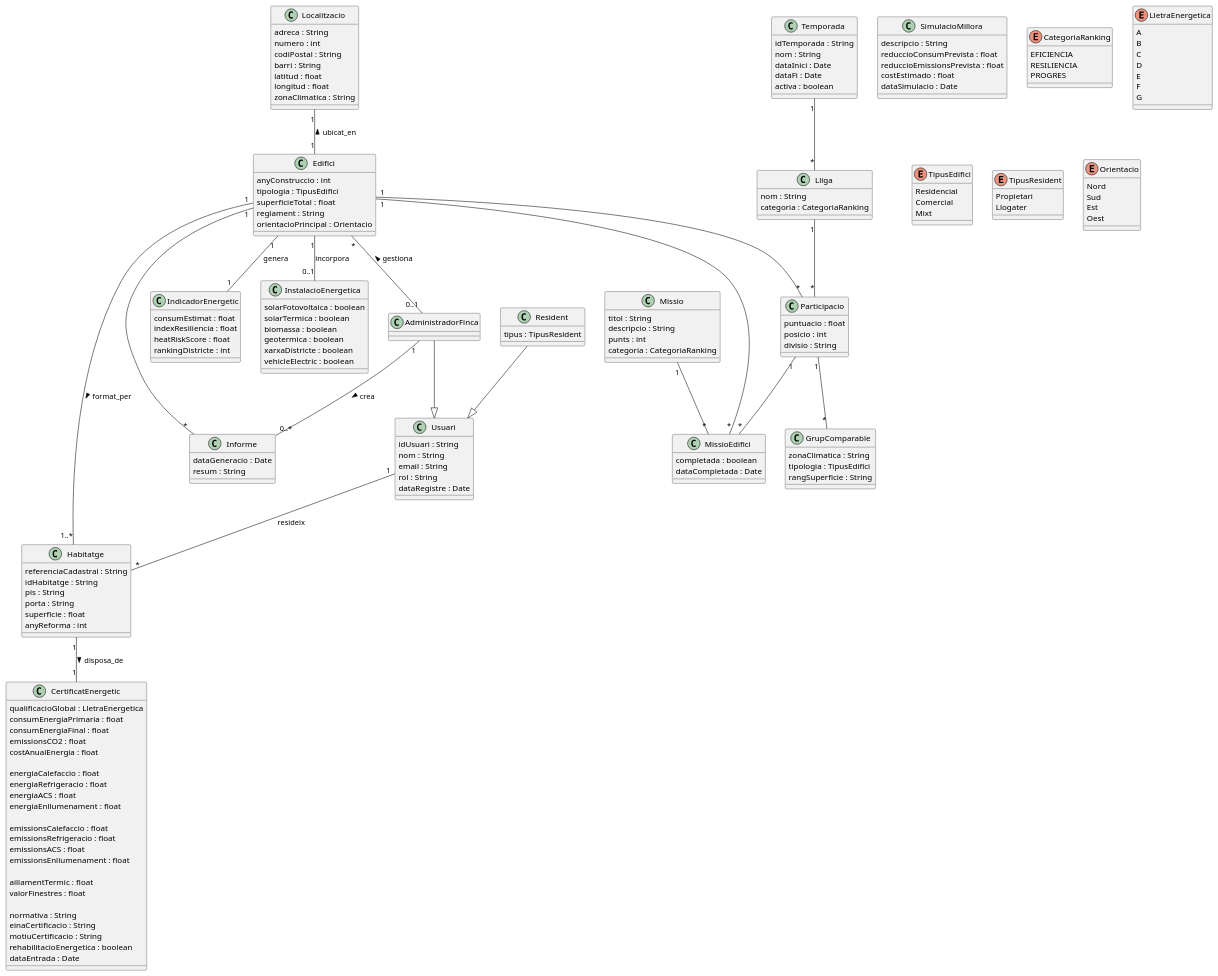
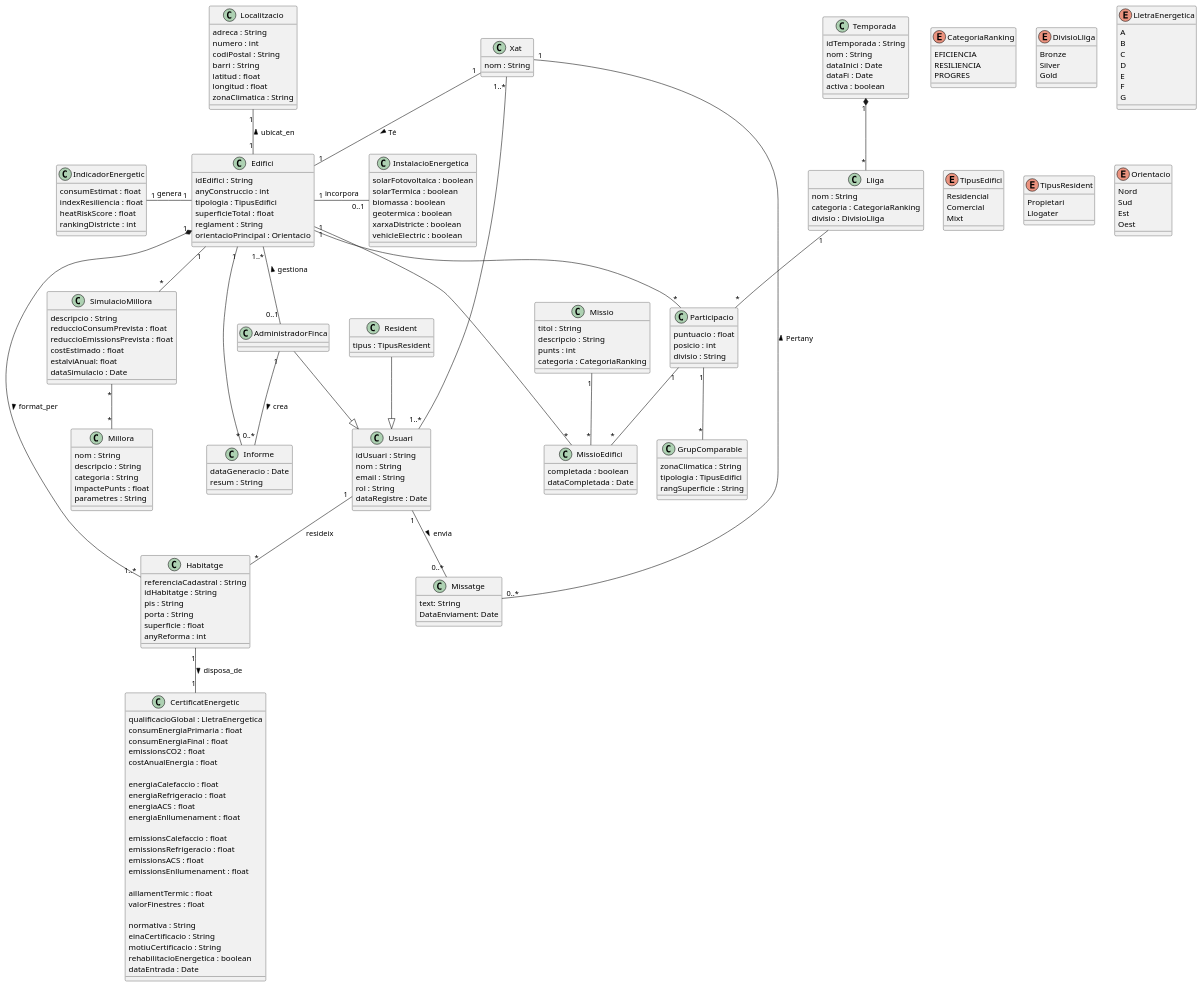
One commit to ScoreLab-Team/Backend-BuildRank changed the diagram in src/diagram.puml. Above: the diagram before and after it, drawn with PlantUML.

Commit message:
Canvis UML Reunió Focal

```diff
--- a/src/diagram.puml
+++ b/src/diagram.puml
@@ -1,6 +1,7 @@
 @startuml
 
 class Edifici {
+    idEdifici : String
     anyConstruccio : int
     tipologia : TipusEdifici
     superficieTotal : float
@@ -89,9 +90,11 @@
   dataFi : Date
   activa : boolean
 }
+
 class Lliga {
   nom : String
   categoria : CategoriaRanking
+  divisio : DivisioLliga
 }
 
 class Participacio {
@@ -121,7 +124,16 @@
   reduccioConsumPrevista : float
   reduccioEmissionsPrevista : float
   costEstimado : float
+  estalviAnual: float
   dataSimulacio : Date
+}
+
+class Millora {
+  nom : String
+  descripcio : String
+  categoria : String
+  impactePunts : float
+  parametres : String
 }
 
 class Informe {
@@ -129,10 +141,26 @@
   resum : String
 }
 
+class Xat {
+  nom : String
+}
+
+class Missatge {
+  text: String
+  DataEnviament: Date
+}
+
+
 enum CategoriaRanking {
   EFICIENCIA
   RESILIENCIA
   PROGRES
+}
+
+enum DivisioLliga {
+  Bronze
+  Silver
+  Gold
 }
 
 enum LletraEnergetica {
@@ -165,20 +193,20 @@
 
 ' Relacions
 Edifici "1" -up- "1" Localitzacio : ubicat_en >
-Edifici "1" -- "1..*" Habitatge : format_per >
+Edifici "1" *-- "1..*" Habitatge : format_per >
 Habitatge "1" -- "1" CertificatEnergetic : disposa_de >
-Edifici "1" -- "1" IndicadorEnergetic : genera
+Edifici "1" -left- "1" IndicadorEnergetic : genera
 Edifici "1" -- "*" Informe
 
 ' Per un habitatge només hi haurà un compte d'usuari
 Usuari "1" -- "*" Habitatge : resideix
-Edifici "*" -- "0..1" AdministradorFinca : gestiona <
-Edifici "1" -- "0..1" InstalacioEnergetica : incorpora
+Edifici "1..*" -- "0..1" AdministradorFinca : gestiona <
+Edifici "1" -right- "0..1" InstalacioEnergetica : incorpora
 AdministradorFinca --|> Usuari
 Resident --|> Usuari
 AdministradorFinca "1" -- "0..*" Informe : crea >
 
-Temporada "1" -- "*" Lliga
+Temporada "1" *-- "*" Lliga
 Lliga "1" -- "*" Participacio
 Edifici "1" -- "*" Participacio
 
@@ -189,4 +217,12 @@
 Missio "1" -- "*" MissioEdifici
 Edifici "1" -- "*" MissioEdifici
 
+SimulacioMillora "*" -- "*" Millora
+Edifici "1" -- "*" SimulacioMillora
+
+Xat "1" -- "1" Edifici : Té >
+Xat "1..*" -- "1..*" Usuari
+Xat "1" -- "0..*" Missatge : Pertany <
+Usuari "1" -- "0..*" Missatge : envia >
+
 @enduml
```
